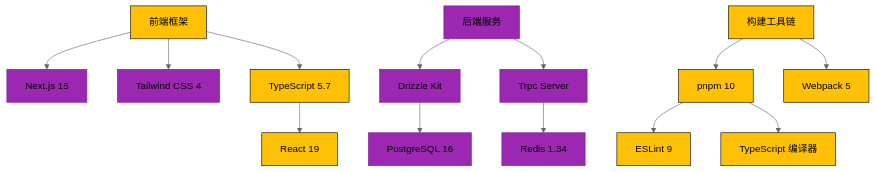
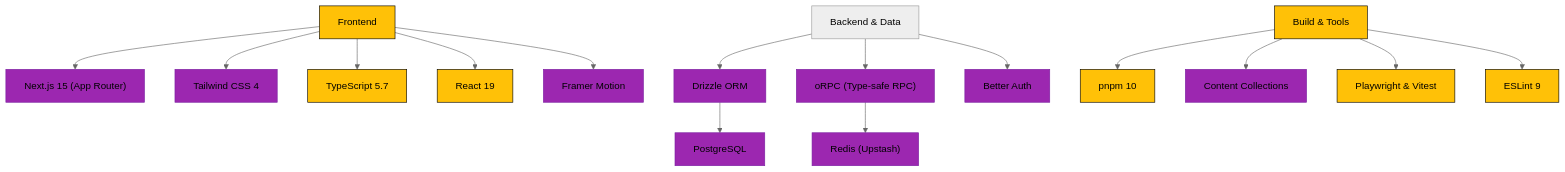
Before and after one commit to eonova/eonova.me: the diagram in README.md, drawn with Mermaid (neutral theme). The commit also changed other lines of this file and 1 other file, not shown here.

````diff
--- a/README.md
+++ b/README.md
@@ -28,24 +29,26 @@
 ```mermaid
 graph TD
-    A[前端框架] --> B["Next.js 15"]
+    A[Frontend] --> B["Next.js 15 (App Router)"]
     A --> C["Tailwind CSS 4"]
     A --> D["TypeScript 5.7"]
-    D --> E["React 19"]
+    A --> E["React 19"]
+    A --> F["Framer Motion"]
 
-    G[后端服务] --> H["Drizzle Kit"]
-    G --> I["Trpc Server"]
-    H --> J["PostgreSQL 16"]
-    I --> K["Redis 1.34"]
+    G[Backend & Data] --> H["Drizzle ORM"]
+    G --> I["oRPC (Type-safe RPC)"]
+    H --> J["PostgreSQL"]
+    I --> K["Redis (Upstash)"]
+    G --> L["Better Auth"]
 
-    L[构建工具链] --> M["pnpm 10"]
-    L --> N["Webpack 5"]
-    M --> O["ESLint 9"]
-    M --> P["TypeScript 编译器"]
+    M[Build & Tools] --> N["pnpm 10"]
+    M --> O["Content Collections"]
+    M --> P["Playwright & Vitest"]
+    M --> Q["ESLint 9"]
 
     classDef framework fill:#2196F3,stroke:#1976D2;
     classDef service fill:#FFC107,stroke:#000;
     classDef build fill:#9C27B0,stroke:#7B1FA2;
 
-    class A,F,D,E,L,N,M,O,P service;
-    class B,C,G,H,I,J,K build;
+    class A,D,E,M,N,P,Q service;
+    class B,C,F,H,I,J,K,L,O build;
 ```
````
